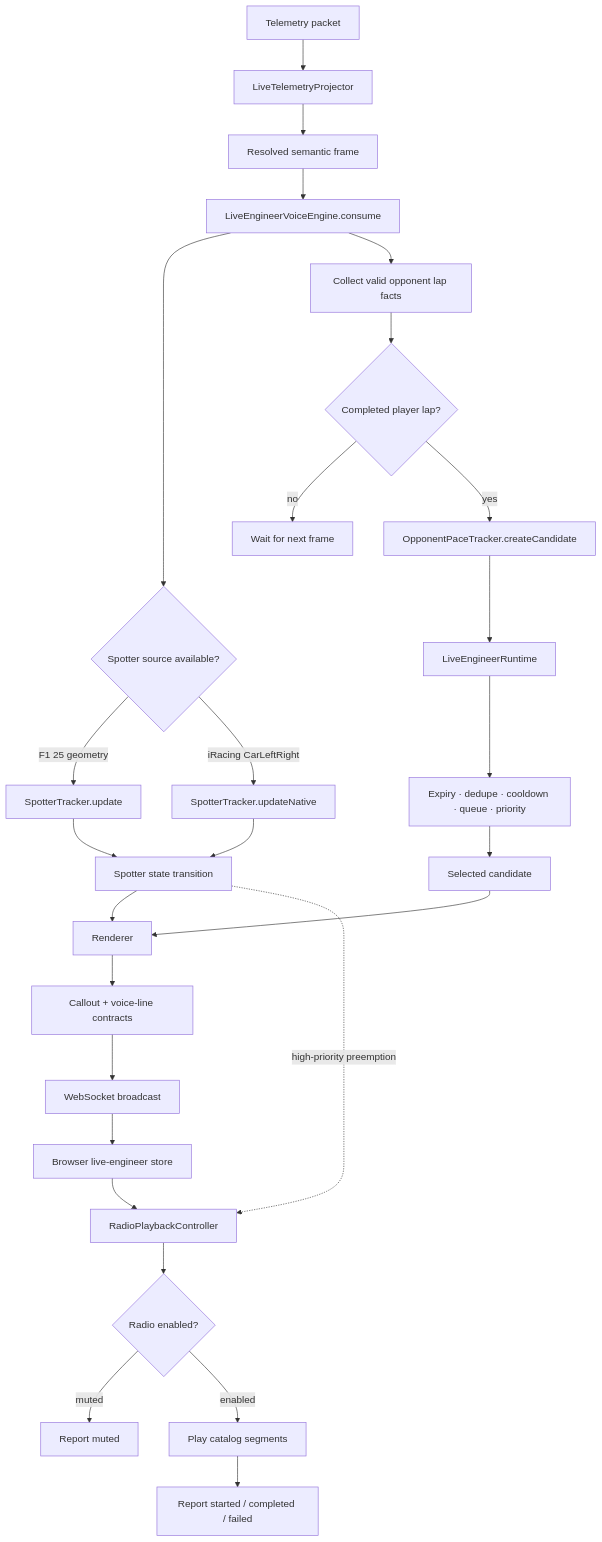
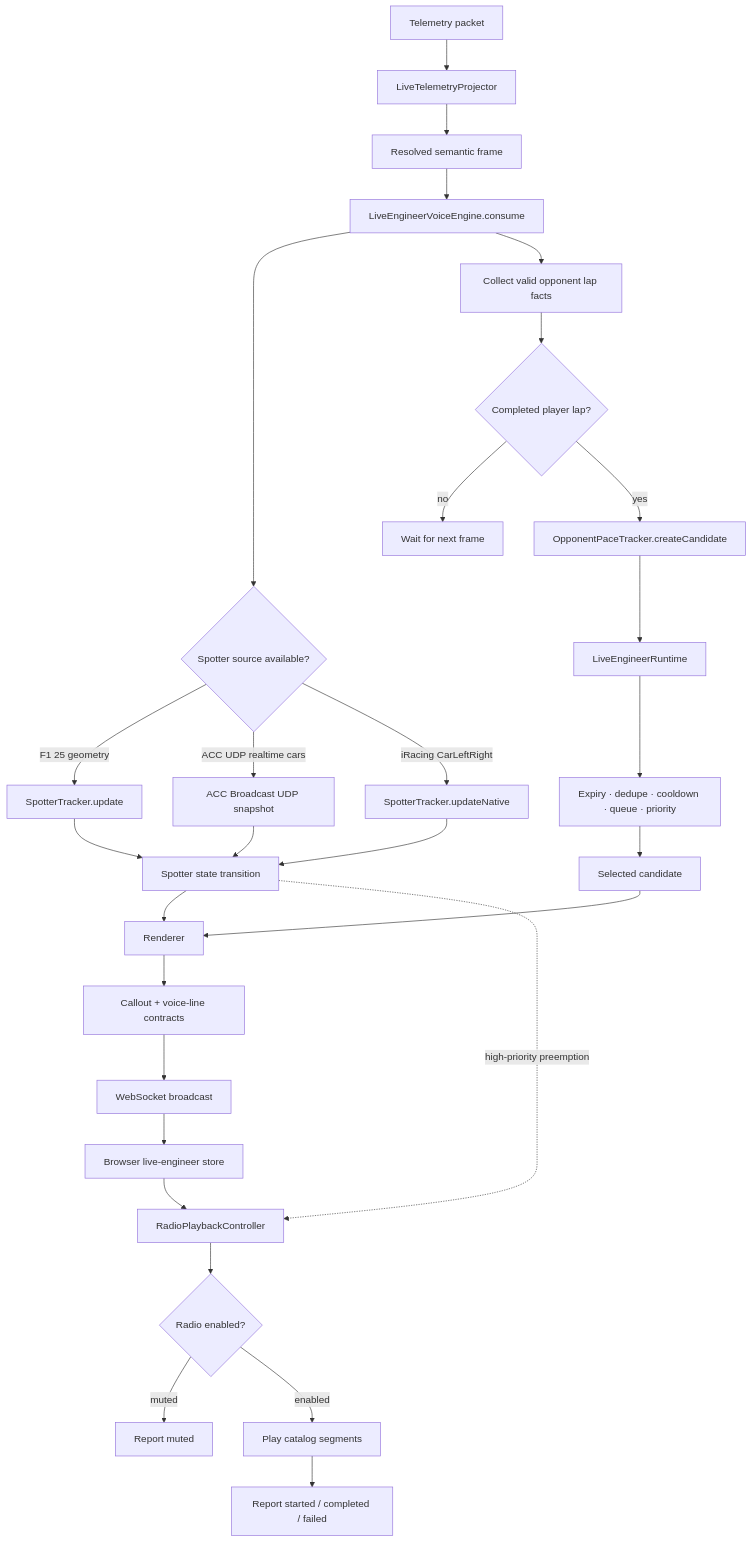
One commit to SpeedHQ/RaceIQ changed the diagram in docs/architecture/live-voice-engine.md. Above: the diagram before and after it, drawn with Mermaid. The commit also changed other lines of this file, not shown here.

Commit message:
docs(acc): clarify UDP spotter input

````diff
--- a/docs/architecture/live-voice-engine.md
+++ b/docs/architecture/live-voice-engine.md
@@ -16,33 +16,35 @@
 ```mermaid
 flowchart TD
   packet["Telemetry packet"] --> projector["LiveTelemetryProjector"]
   projector --> frame["Resolved semantic frame"]
   frame --> engine["LiveEngineerVoiceEngine.consume"]
 
   engine --> spotter{"Spotter source available?"}
   spotter -->|F1 25 geometry| geometry["SpotterTracker.update"]
+  spotter -->|ACC UDP realtime cars| accUdp["ACC Broadcast UDP snapshot"]
   spotter -->|iRacing CarLeftRight| native["SpotterTracker.updateNative"]
   geometry --> spotterEvent["Spotter state transition"]
+  accUdp --> spotterEvent
   native --> spotterEvent
 
   engine --> facts["Collect valid opponent lap facts"]
   facts --> lap{"Completed player lap?"}
   lap -->|no| wait["Wait for next frame"]
   lap -->|yes| pace["OpponentPaceTracker.createCandidate"]
   pace --> runtime["LiveEngineerRuntime"]
   runtime --> policy["Expiry · dedupe · cooldown · queue · priority"]
   policy --> selected["Selected candidate"]
 
   spotterEvent --> render["Renderer"]
   selected --> render
   render --> messages["Callout + voice-line contracts"]
   messages --> ws["WebSocket broadcast"]
 
   ws --> store["Browser live-engineer store"]
   store --> playback["RadioPlaybackController"]
   playback --> gate{"Radio enabled?"}
   gate -->|muted| muted["Report muted"]
   gate -->|enabled| audio["Play catalog segments"]
   audio --> status["Report started / completed / failed"]
   spotterEvent -. high-priority preemption .-> playback
 ```
````
